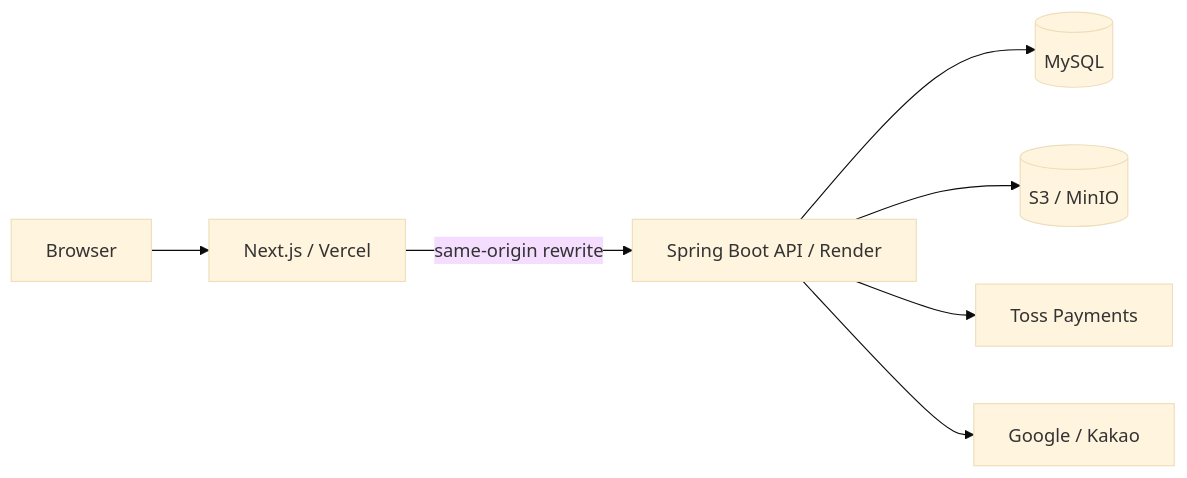
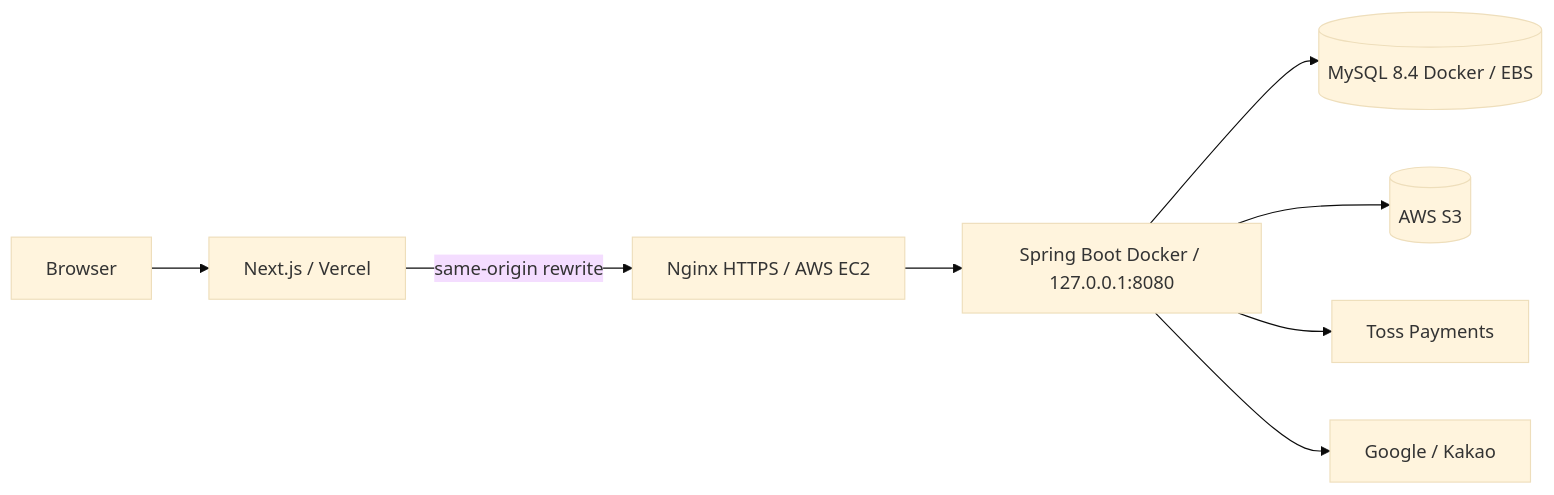
One commit to bys96/gift-market changed the diagram in README.md. Above: the diagram before and after it, drawn with Mermaid (base theme). The commit also changed other lines of this file and 15 other files, not shown here.

````diff
--- a/README.md
+++ b/README.md
@@ -136,17 +99,19 @@
 ```mermaid
 flowchart LR
     USER[Browser]
     FE[Next.js / Vercel]
-    BE[Spring Boot API / Render]
-    DB[(MySQL)]
-    STORAGE[(S3 / MinIO)]
+    BE[Nginx HTTPS / AWS EC2]
+    APP[Spring Boot Docker / 127.0.0.1:8080]
+    DB[(MySQL 8.4 Docker / EBS)]
+    STORAGE[(AWS S3)]
     TOSS[Toss Payments]
     OAUTH[Google / Kakao]
 
     USER --> FE
     FE -->|same-origin rewrite| BE
-    BE --> DB
-    BE --> STORAGE
-    BE --> TOSS
-    BE --> OAUTH
+    BE --> APP
+    APP --> DB
+    APP --> STORAGE
+    APP --> TOSS
+    APP --> OAUTH
 ```
````
